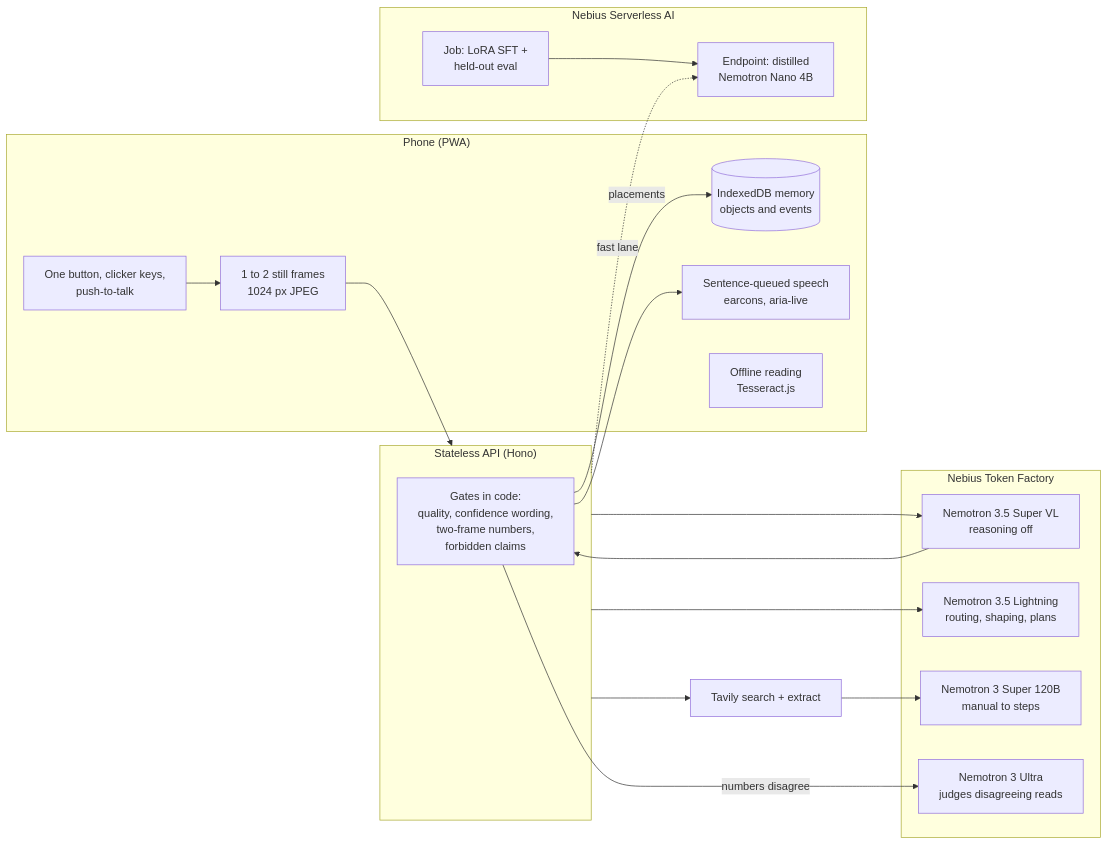
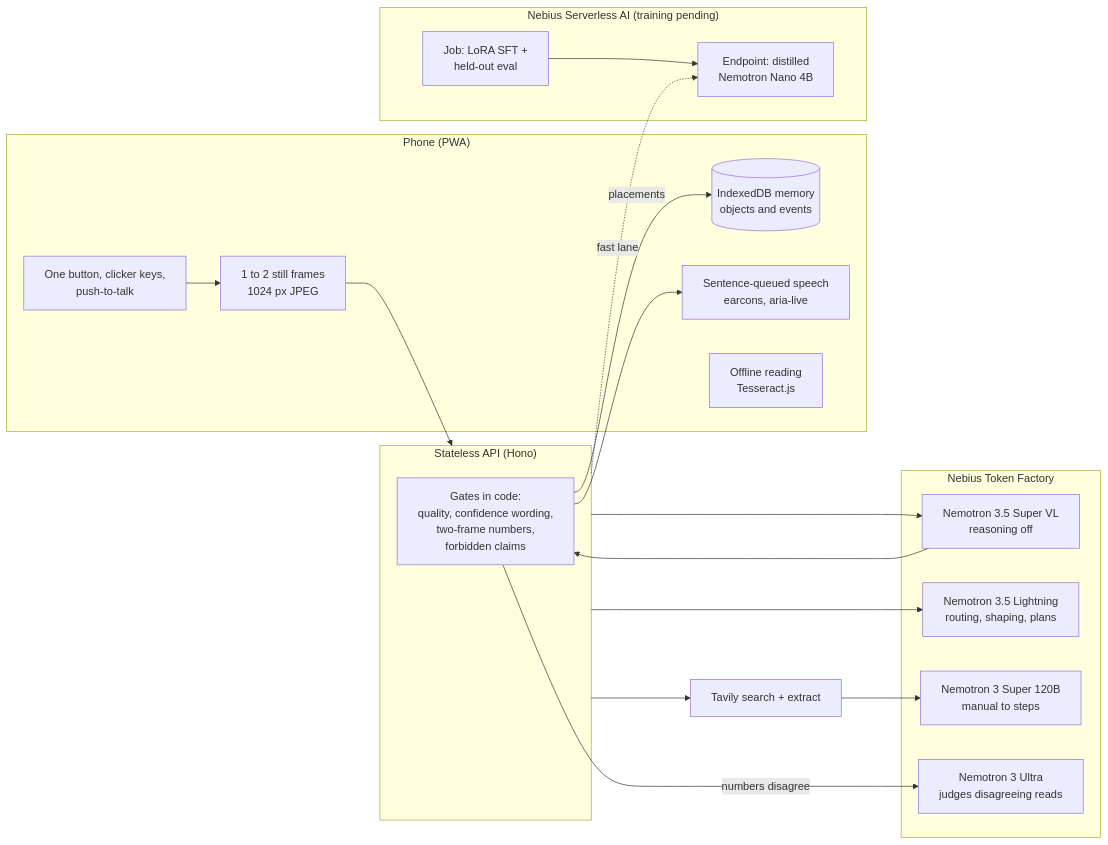
Before and after one commit to big14way/aloud: the diagram in README.md, drawn with Mermaid. The commit also changed other lines of this file, not shown here.

First line of the commit message:
README: say plainly that the Nano 4B training run hasn't happened yet

````diff
--- a/README.md
+++ b/README.md
@@ -56,30 +56,30 @@
 ```mermaid
 flowchart LR
   subgraph Phone["Phone (PWA)"]
     BTN[One button, clicker keys,<br/>push-to-talk] --> CAM[1 to 2 still frames<br/>1024 px JPEG]
     MEM[(IndexedDB memory<br/>objects and events)]
     TTS[Sentence-queued speech<br/>earcons, aria-live]
     OCR[Offline reading<br/>Tesseract.js]
   end
   subgraph API["Stateless API (Hono)"]
     GATES[Gates in code:<br/>quality, confidence wording,<br/>two-frame numbers,<br/>forbidden claims]
   end
   subgraph TF["Nebius Token Factory"]
     VL[Nemotron 3.5 Super VL<br/>reasoning off]
     LT[Nemotron 3.5 Lightning<br/>routing, shaping, plans]
     SU[Nemotron 3 Super 120B<br/>manual to steps]
     UL[Nemotron 3 Ultra<br/>judges disagreeing reads]
   end
-  subgraph SAI["Nebius Serverless AI"]
+  subgraph SAI["Nebius Serverless AI (training pending)"]
     JOB[Job: LoRA SFT +<br/>held-out eval]
     EP[Endpoint: distilled<br/>Nemotron Nano 4B]
   end
   TAV[Tavily search + extract]
   CAM --> API --> VL --> GATES --> TTS
   GATES -- numbers disagree --> UL
   API --> LT
   API -. fast lane .-> EP
   API --> TAV --> SU
   GATES -- placements --> MEM
   JOB --> EP
 ```
````
